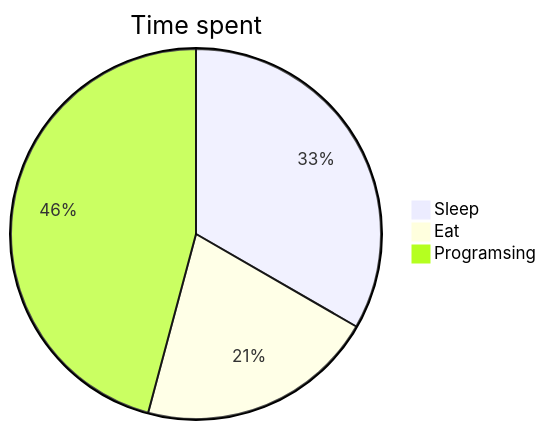
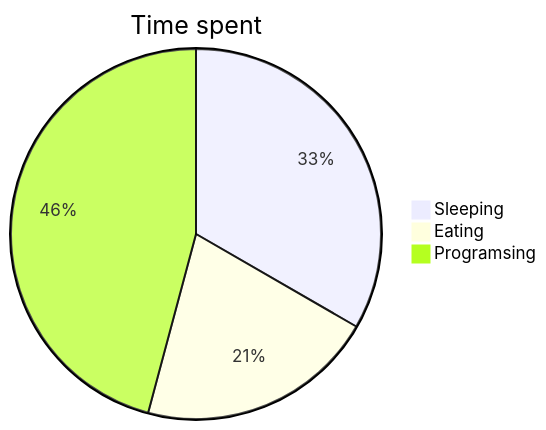
One commit to Eppepa03/Eppepa03 changed the second of 2 diagrams in README.md. Above: the diagram before and after it, drawn with Mermaid.

````diff
--- a/README.md
+++ b/README.md
@@ -21,6 +21,6 @@
 ```mermaid
 pie title Time spent
-    "Sleep" : 8
-    "Eat" : 5
+    "Sleeping" : 8
+    "Eating" : 5
     "Programsing" : 11
 ```
````
